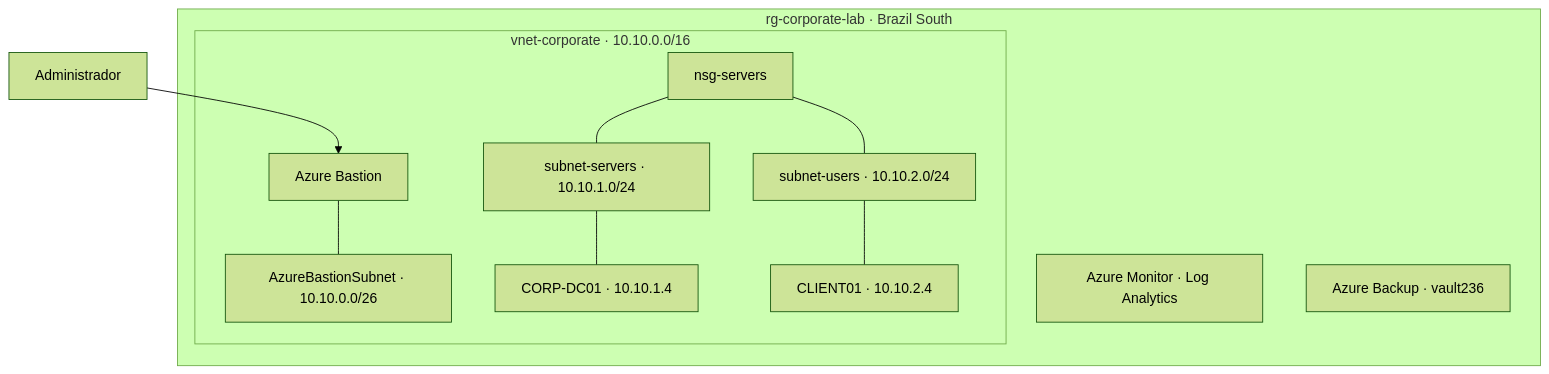
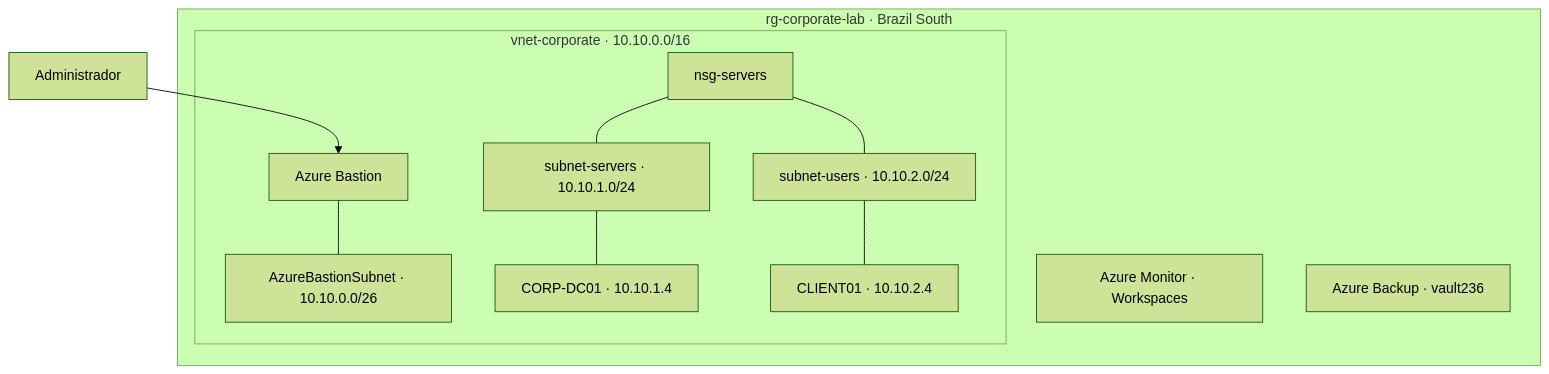
One commit to pedrosilva1403/azure-infrastructure-lab changed the diagram in diagrams/arquitetura.mmd. Above: the diagram before and after it, drawn with Mermaid (forest theme). The commit also changed 8 other files, not shown here.

```diff
--- a/diagrams/arquitetura.mmd
+++ b/diagrams/arquitetura.mmd
@@ -1,13 +1,13 @@
 flowchart TB
     admin[Administrador] --> bastion[Azure Bastion]
     subgraph azure[rg-corporate-lab · Brazil South]
         subgraph net[vnet-corporate · 10.10.0.0/16]
             bastion --- sb[AzureBastionSubnet · 10.10.0.0/26]
             servers[subnet-servers · 10.10.1.0/24] --- dc[CORP-DC01 · 10.10.1.4]
             users[subnet-users · 10.10.2.0/24] --- client[CLIENT01 · 10.10.2.4]
             nsg[nsg-servers] --- servers
             nsg --- users
         end
-        monitoring[Azure Monitor · Log Analytics]
+        monitoring[Azure Monitor · Workspaces]
         backup[Azure Backup · vault236]
     end
```
